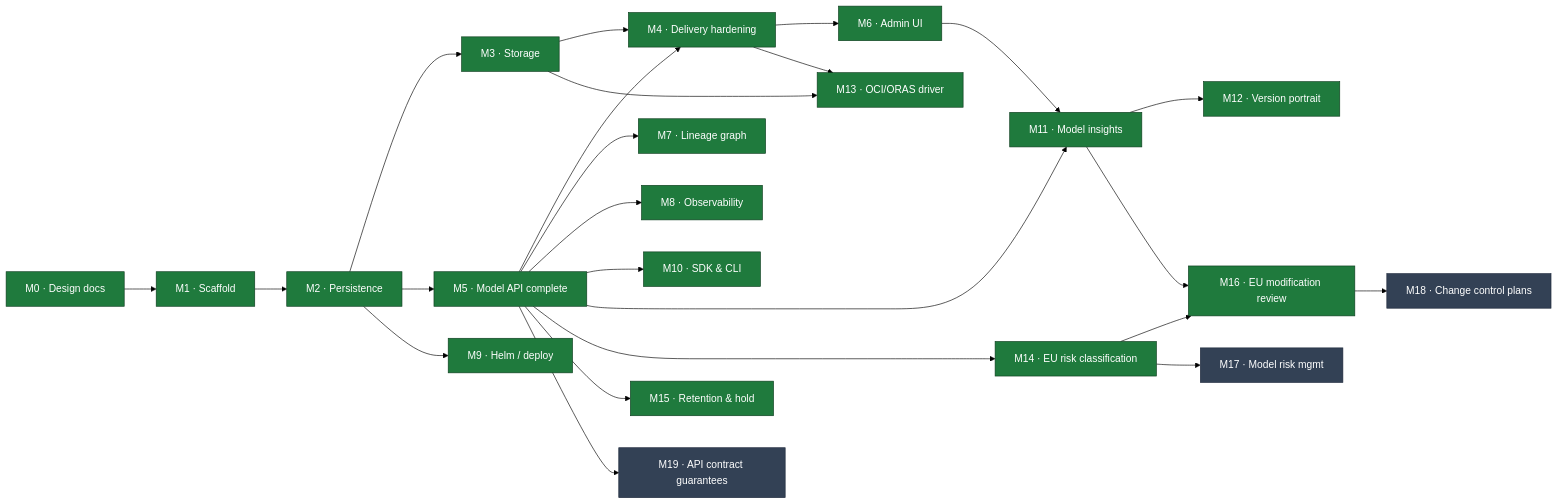
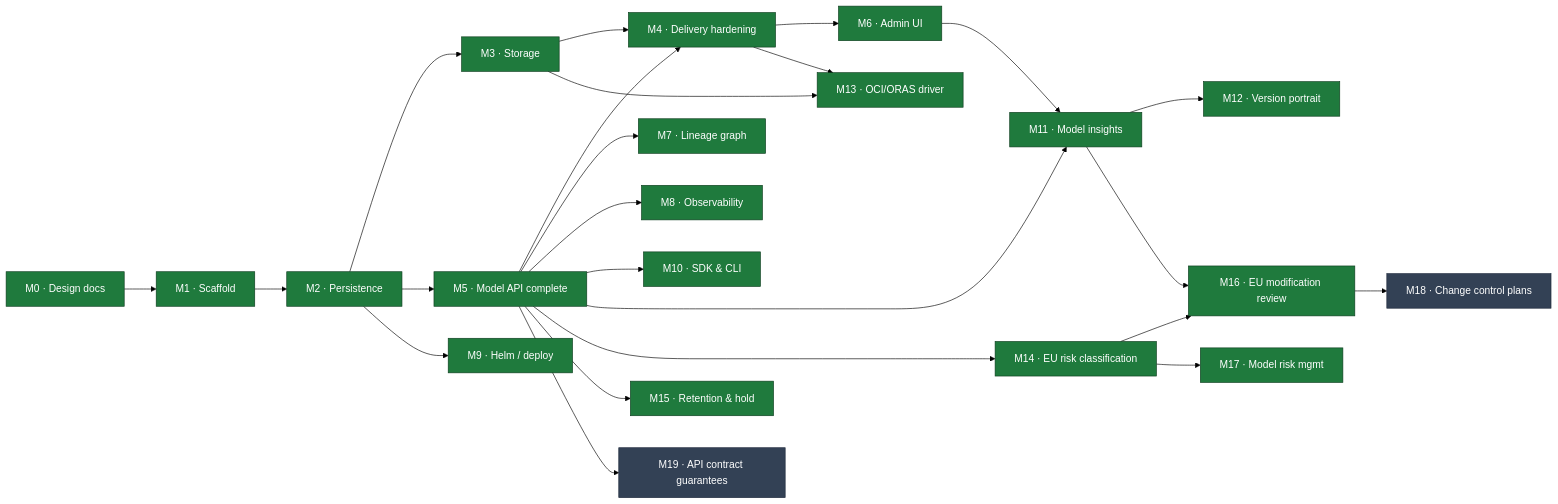
Before and after one commit to proseria-research/lineage: the diagram in MILESTONES.md, drawn with Mermaid (forest theme). The commit also changed other lines of this file and 6 other files, not shown here.

````diff
--- a/MILESTONES.md
+++ b/MILESTONES.md
@@ -26,36 +26,36 @@
 ```mermaid
 flowchart LR
     M0["M0 · Design docs"] --> M1["M1 · Scaffold"]
     M1 --> M2["M2 · Persistence"]
     M2 --> M3["M3 · Storage"]
     M2 --> M5["M5 · Model API complete"]
     M3 --> M4["M4 · Delivery hardening"]
     M5 --> M4
     M5 --> M7["M7 · Lineage graph"]
     M4 --> M6["M6 · Admin UI"]
     M5 --> M8["M8 · Observability"]
     M2 --> M9["M9 · Helm / deploy"]
     M5 --> M10["M10 · SDK & CLI"]
     M5 --> M11["M11 · Model insights"]
     M6 --> M11
     M11 --> M12["M12 · Version portrait"]
 
     M3 --> M13["M13 · OCI/ORAS driver"]
     M4 --> M13
 
     M5 --> M14["M14 · EU risk classification"]
     M5 --> M15["M15 · Retention &amp; hold"]
     M14 --> M16["M16 · EU modification review"]
     M11 --> M16
 
     M14 --> M17["M17 · Model risk mgmt"]
     M16 --> M18["M18 · Change control plans"]
 
     M5 --> M19["M19 · API contract guarantees"]
 
     classDef done fill:#1f7a3d,stroke:#0d3d1e,color:#fff;
     classDef active fill:#b45309,stroke:#7c3a06,color:#fff;
     classDef todo fill:#334155,stroke:#1e293b,color:#fff;
-    class M0,M1,M2,M3,M4,M5,M6,M7,M8,M9,M10,M11,M12,M13,M14,M15,M16 done;
-    class M17,M18,M19 todo;
+    class M0,M1,M2,M3,M4,M5,M6,M7,M8,M9,M10,M11,M12,M13,M14,M15,M16,M17 done;
+    class M18,M19 todo;
 ```
````
